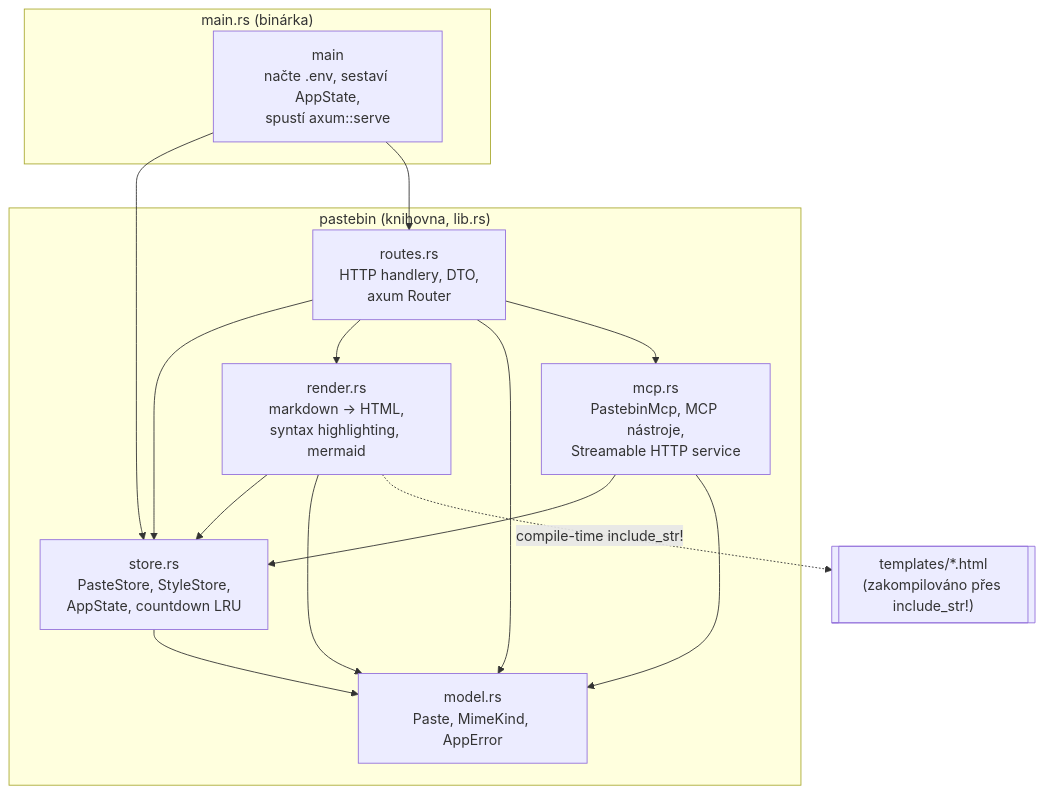
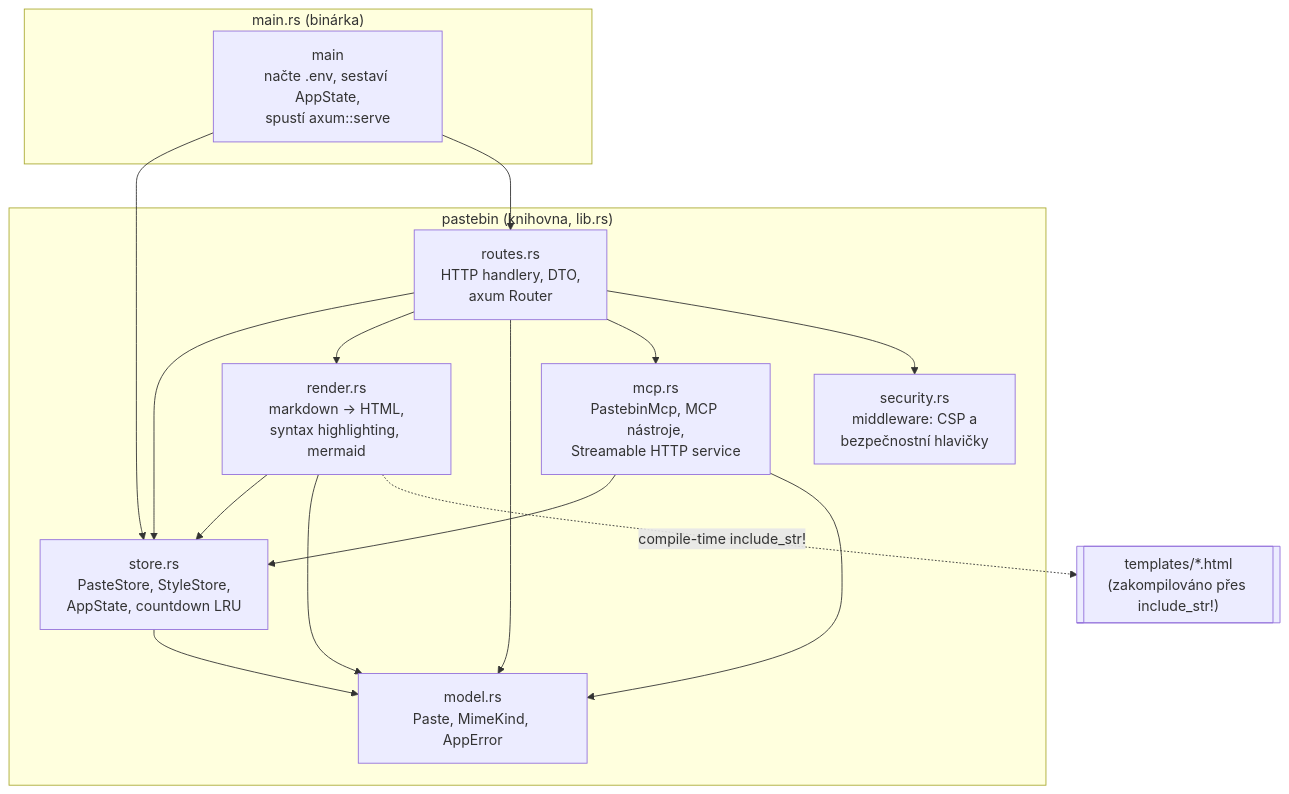
The third of 4 diagrams in docs/architecture.md (Onre739/pastebin), drawn with Mermaid before and after one commit. The commit also changed other lines of this file and 10 other files, not shown here.

````diff
--- a/docs/architecture.md
+++ b/docs/architecture.md
@@ -54,29 +54,31 @@
 ```mermaid
 flowchart TB
     subgraph bin["main.rs (binárka)"]
         Main["main<br/>načte .env, sestaví AppState,<br/>spustí axum::serve"]
     end
 
     subgraph lib["pastebin (knihovna, lib.rs)"]
         Routes["routes.rs<br/>HTTP handlery, DTO,<br/>axum Router"]
         Mcp["mcp.rs<br/>PastebinMcp, MCP nástroje,<br/>Streamable HTTP service"]
         Store["store.rs<br/>PasteStore, StyleStore,<br/>AppState, countdown LRU"]
         Render["render.rs<br/>markdown → HTML,<br/>syntax highlighting, mermaid"]
         Model["model.rs<br/>Paste, MimeKind, AppError"]
+        Security["security.rs<br/>middleware: CSP a<br/>bezpečnostní hlavičky"]
     end
 
     Templates[["templates/*.html<br/>(zakompilováno přes include_str!)"]]
 
     Main --> Store
     Main --> Routes
     Routes --> Store
     Routes --> Render
     Routes --> Model
     Routes --> Mcp
+    Routes --> Security
     Mcp --> Store
     Mcp --> Model
     Render --> Store
     Render --> Model
     Store --> Model
     Render -.->|"compile-time include_str!"| Templates
 ```
````
